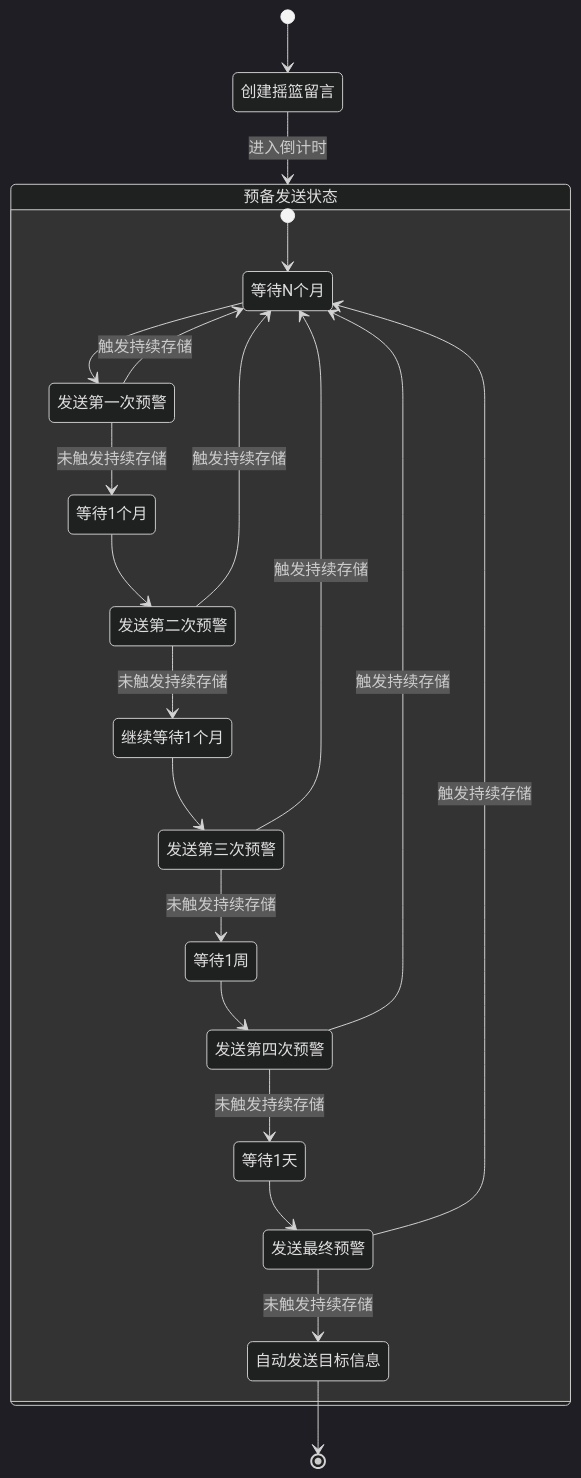
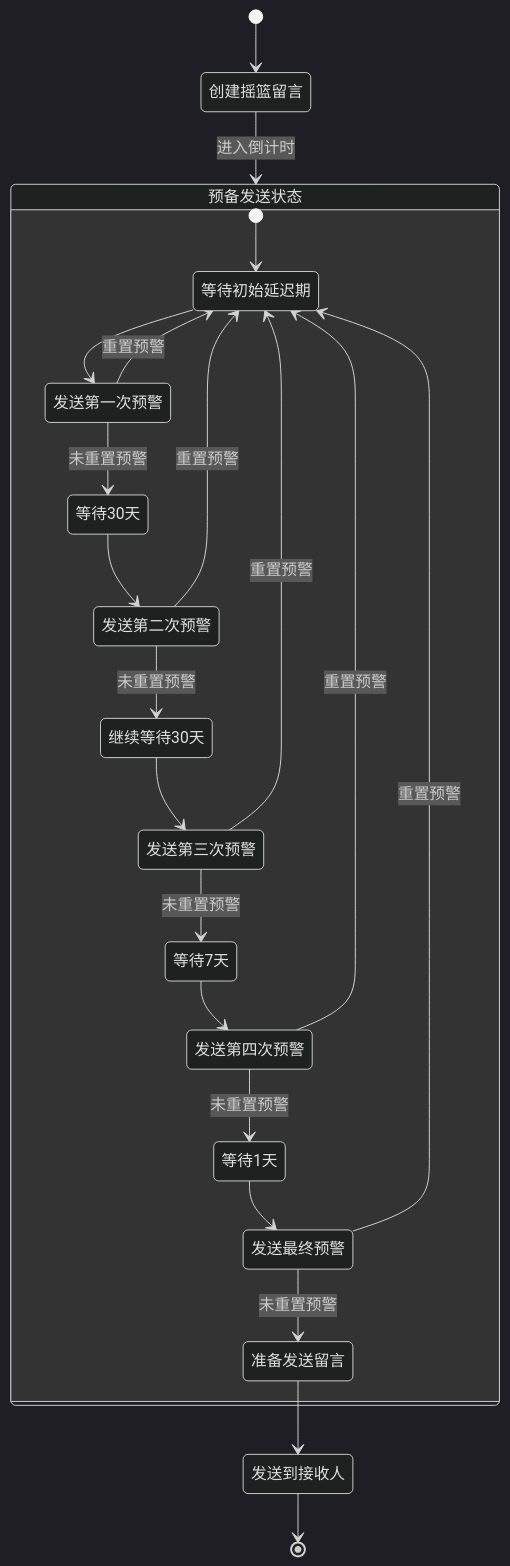
One commit to GrooveWJH/craddleMessage changed the diagram in docs/overview/introduction.md. Above: the diagram before and after it, drawn with Mermaid (dark theme). The commit also changed other lines of this file and 22 other files, not shown here.

````diff
--- a/docs/overview/introduction.md
+++ b/docs/overview/introduction.md
@@ -82,24 +81,25 @@
 ```mermaid
 stateDiagram-v2
     [*] --> 创建摇篮留言
     创建摇篮留言 --> 预备发送状态: 进入倒计时
     state 预备发送状态 {
-        [*] --> 等待N个月
-        等待N个月 --> 发送第一次预警
-        发送第一次预警 --> 等待1个月: 未触发持续存储
-        等待1个月 --> 发送第二次预警
-        发送第二次预警 --> 继续等待1个月: 未触发持续存储
-        继续等待1个月 --> 发送第三次预警
-        发送第三次预警 --> 等待1周: 未触发持续存储
-        等待1周 --> 发送第四次预警
-        发送第四次预警 --> 等待1天: 未触发持续存储
+        [*] --> 等待初始延迟期
+        等待初始延迟期 --> 发送第一次预警
+        发送第一次预警 --> 等待30天: 未重置预警
+        等待30天 --> 发送第二次预警
+        发送第二次预警 --> 继续等待30天: 未重置预警
+        继续等待30天 --> 发送第三次预警
+        发送第三次预警 --> 等待7天: 未重置预警
+        等待7天 --> 发送第四次预警
+        发送第四次预警 --> 等待1天: 未重置预警
         等待1天 --> 发送最终预警
-        发送最终预警 --> 自动发送目标信息: 未触发持续存储
-        发送第一次预警 --> 等待N个月: 触发持续存储
-        发送第二次预警 --> 等待N个月: 触发持续存储
-        发送第三次预警 --> 等待N个月: 触发持续存储
-        发送第四次预警 --> 等待N个月: 触发持续存储
-        发送最终预警 --> 等待N个月: 触发持续存储
+        发送最终预警 --> 准备发送留言: 未重置预警
+        发送第一次预警 --> 等待初始延迟期: 重置预警
+        发送第二次预警 --> 等待初始延迟期: 重置预警
+        发送第三次预警 --> 等待初始延迟期: 重置预警
+        发送第四次预警 --> 等待初始延迟期: 重置预警
+        发送最终预警 --> 等待初始延迟期: 重置预警
     }
-    自动发送目标信息 --> [*]
+    准备发送留言 --> 发送到接收人
+    发送到接收人 --> [*]
 ```
````
